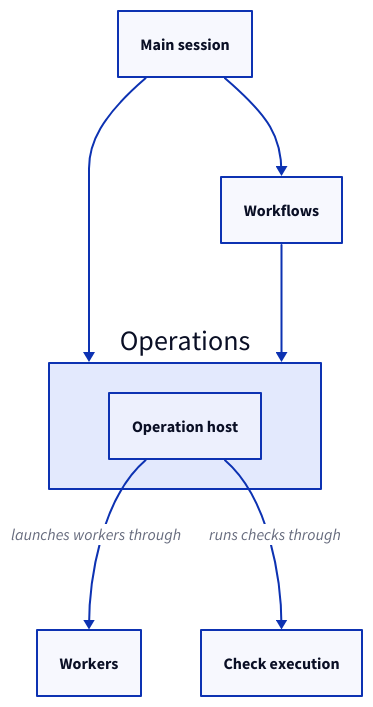
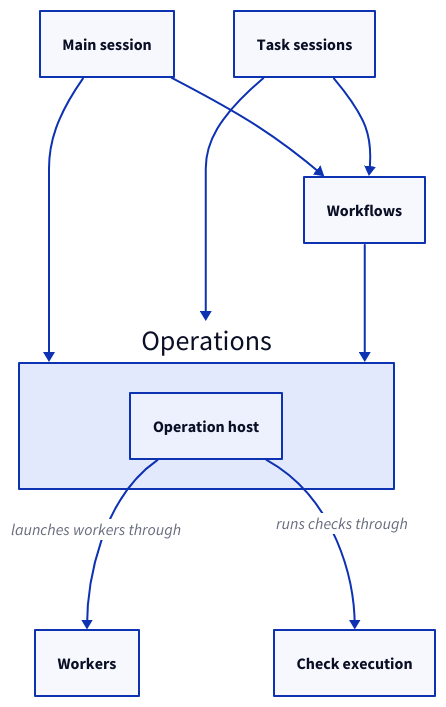
The second of 3 diagrams in specs/concorde/operations/module.md (FTOD/concorde), drawn with D2 before and after one commit. The commit also changed other lines of this file and 4 other files, not shown here.

First line of the commit message:
Task sessions use Workflows and Operations

````diff
--- a/specs/concorde/operations/module.md
+++ b/specs/concorde/operations/module.md
@@ -210,14 +210,17 @@
 ```d2
 main: Main session
+tasksession: Task sessions
 workflows: Workflows
 operations: Operations {
   host: Operation host
 }
 workers: Workers
 checks: Check execution
 main -> workflows
 main -> operations
+tasksession -> workflows
+tasksession -> operations
 workflows -> operations
 operations.host -> workers: launches workers through
 operations.host -> checks: runs checks through
 ```
````
